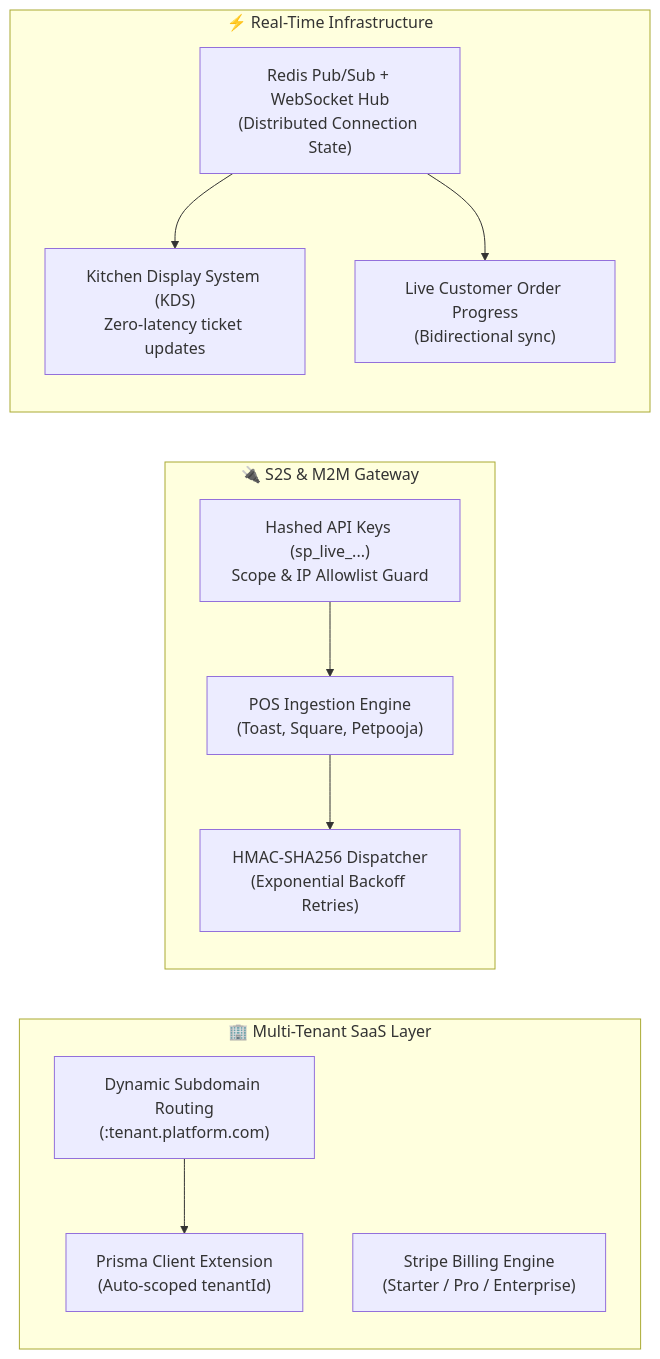
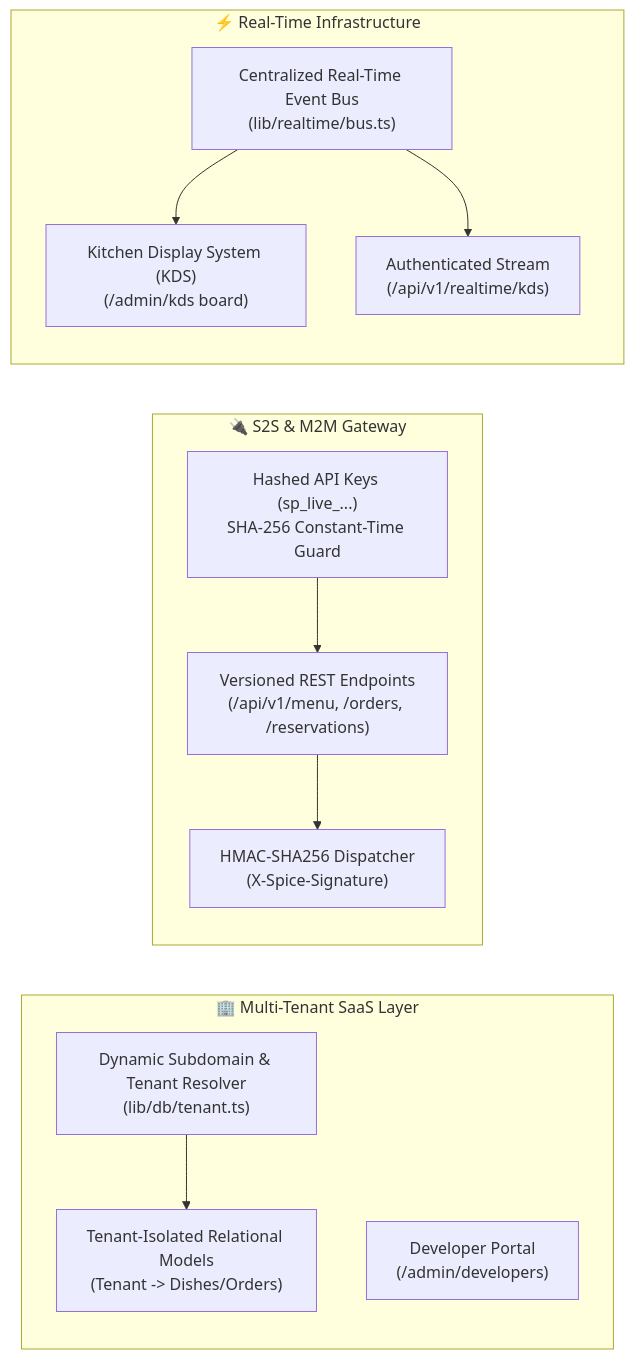
The third of 3 diagrams in README.md (Himanshusingh204/cafeplatform), drawn with Mermaid before and after one commit. The commit also changed other lines of this file and 21 other files, not shown here.

Commit message:
feat: implement multi-tenant B2B SaaS schema, S2S M2M API engine, HMAC webhooks, and real-time Kitchen Display System (KDS)

````diff
--- a/README.md
+++ b/README.md
@@ -426,26 +426,26 @@
 ```mermaid
 flowchart LR
     subgraph MultiTenant["🏢 Multi-Tenant SaaS Layer"]
-        TenantRouting["Dynamic Subdomain Routing\n(:tenant.platform.com)"]
-        TenantIsolation["Prisma Client Extension\n(Auto-scoped tenantId)"]
-        Billing["Stripe Billing Engine\n(Starter / Pro / Enterprise)"]
+        TenantRouting["Dynamic Subdomain & Tenant Resolver\n(lib/db/tenant.ts)"]
+        TenantIsolation["Tenant-Isolated Relational Models\n(Tenant -> Dishes/Orders)"]
+        AdminPortal["Developer Portal\n(/admin/developers)"]
     end
 
     subgraph S2S["🔌 S2S & M2M Gateway"]
-        ApiKeyGuard["Hashed API Keys (sp_live_...)\nScope & IP Allowlist Guard"]
-        POSSync["POS Ingestion Engine\n(Toast, Square, Petpooja)"]
-        Webhooks["HMAC-SHA256 Dispatcher\n(Exponential Backoff Retries)"]
+        ApiKeyGuard["Hashed API Keys (sp_live_...)\nSHA-256 Constant-Time Guard"]
+        B2BEndpoints["Versioned REST Endpoints\n(/api/v1/menu, /orders, /reservations)"]
+        Webhooks["HMAC-SHA256 Dispatcher\n(X-Spice-Signature)"]
     end
 
     subgraph RealTime["⚡ Real-Time Infrastructure"]
-        WebSocketHub["Redis Pub/Sub + WebSocket Hub\n(Distributed Connection State)"]
-        LiveKDS["Kitchen Display System (KDS)\nZero-latency ticket updates"]
-        LiveTracker["Live Customer Order Progress\n(Bidirectional sync)"]
+        WebSocketHub["Centralized Real-Time Event Bus\n(lib/realtime/bus.ts)"]
+        LiveKDS["Kitchen Display System (KDS)\n(/admin/kds board)"]
+        StreamEndpoint["Authenticated Stream\n(/api/v1/realtime/kds)"]
     end
 
     TenantRouting --> TenantIsolation
-    ApiKeyGuard --> POSSync
-    POSSync --> Webhooks
+    ApiKeyGuard --> B2BEndpoints
+    B2BEndpoints --> Webhooks
     WebSocketHub --> LiveKDS
-    WebSocketHub --> LiveTracker
+    WebSocketHub --> StreamEndpoint
 ```
````
